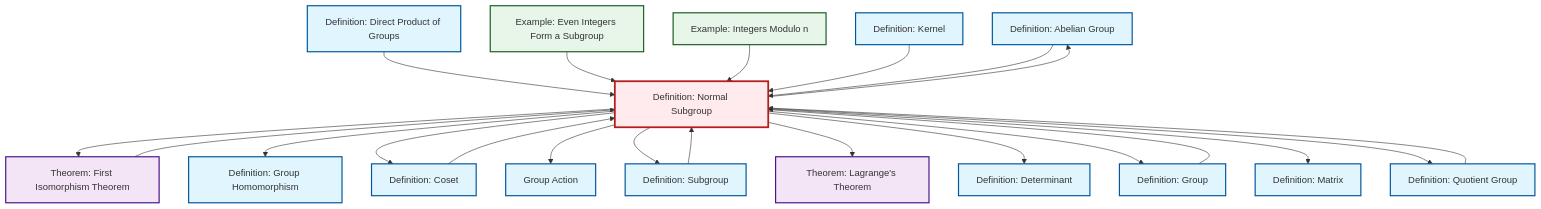
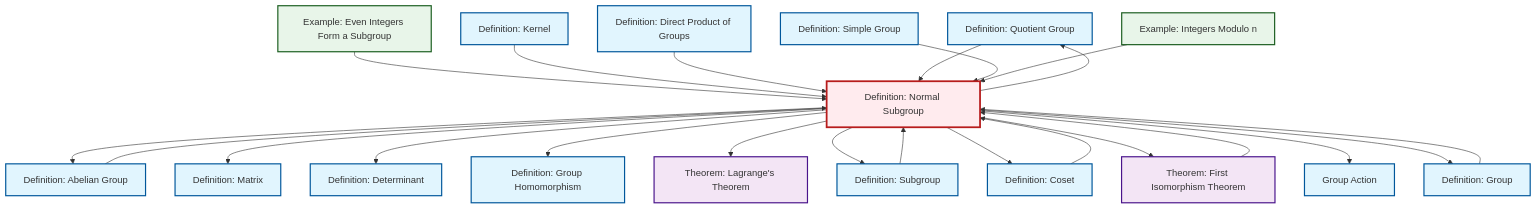
The diagram in content/ja/algebra/def-normal-subgroup.qmd (RK0429/ModernMath), drawn with Mermaid before and after one commit. The commit also changed 554 other files, not shown here.

````diff
--- a/content/ja/algebra/def-normal-subgroup.qmd
+++ b/content/ja/algebra/def-normal-subgroup.qmd
@@ -97,62 +97,65 @@
 ```{mermaid}
 %%| fig-cap: "Local dependency graph"
 graph TD
     classDef definition fill:#e1f5fe,stroke:#01579b,stroke-width:2px
     classDef theorem fill:#f3e5f5,stroke:#4a148c,stroke-width:2px
     classDef axiom fill:#fff3e0,stroke:#e65100,stroke-width:2px
     classDef example fill:#e8f5e9,stroke:#1b5e20,stroke-width:2px
     classDef current fill:#ffebee,stroke:#b71c1c,stroke-width:3px
-    def-abelian-group["Definition: Abelian Group"]:::definition
-    def-homomorphism["Definition: Group Homomorphism"]:::definition
     def-quotient-group["Definition: Quotient Group"]:::definition
-    def-determinant["Definition: Determinant"]:::definition
-    thm-first-isomorphism["Theorem: First Isomorphism Theorem"]:::theorem
     def-direct-product["Definition: Direct Product of Groups"]:::definition
-    def-group["Definition: Group"]:::definition
-    def-normal-subgroup["Definition: Normal Subgroup"]:::definition
-    def-subgroup["Definition: Subgroup"]:::definition
-    thm-lagrange["Theorem: Lagrange's Theorem"]:::theorem
-    ex-quotient-integers-mod-n["Example: Integers Modulo n"]:::example
-    ex-even-integers-subgroup["Example: Even Integers Form a Subgroup"]:::example
-    def-matrix["Definition: Matrix"]:::definition
-    def-coset["Definition: Coset"]:::definition
     def-kernel["Definition: Kernel"]:::definition
     def-group-action["Group Action"]:::definition
+    ex-even-integers-subgroup["Example: Even Integers Form a Subgroup"]:::example
+    def-abelian-group["Definition: Abelian Group"]:::definition
+    def-subgroup["Definition: Subgroup"]:::definition
+    def-simple-group["Definition: Simple Group"]:::definition
+    ex-quotient-integers-mod-n["Example: Integers Modulo n"]:::example
+    def-group["Definition: Group"]:::definition
+    def-matrix["Definition: Matrix"]:::definition
+    def-normal-subgroup["Definition: Normal Subgroup"]:::definition
+    def-homomorphism["Definition: Group Homomorphism"]:::definition
+    def-determinant["Definition: Determinant"]:::definition
+    def-coset["Definition: Coset"]:::definition
+    thm-lagrange["Theorem: Lagrange's Theorem"]:::theorem
+    thm-first-isomorphism["Theorem: First Isomorphism Theorem"]:::theorem
+    def-coset --> def-normal-subgroup
     def-normal-subgroup --> def-abelian-group
+    ex-even-integers-subgroup --> def-normal-subgroup
+    def-normal-subgroup --> def-matrix
+    def-normal-subgroup --> def-determinant
+    def-group --> def-normal-subgroup
+    def-normal-subgroup --> def-homomorphism
+    def-normal-subgroup --> thm-lagrange
+    def-normal-subgroup --> def-subgroup
+    def-subgroup --> def-normal-subgroup
+    def-normal-subgroup --> def-coset
+    thm-first-isomorphism --> def-normal-subgroup
+    def-kernel --> def-normal-subgroup
     def-normal-subgroup --> thm-first-isomorphism
-    def-normal-subgroup --> def-homomorphism
-    def-normal-subgroup --> def-coset
-    def-group --> def-normal-subgroup
+    def-direct-product --> def-normal-subgroup
     def-normal-subgroup --> def-group-action
-    def-coset --> def-normal-subgroup
-    thm-first-isomorphism --> def-normal-subgroup
-    def-subgroup --> def-normal-subgroup
-    def-direct-product --> def-normal-subgroup
-    def-normal-subgroup --> def-subgroup
-    def-normal-subgroup --> thm-lagrange
-    ex-even-integers-subgroup --> def-normal-subgroup
-    def-normal-subgroup --> def-determinant
+    def-quotient-group --> def-normal-subgroup
+    def-simple-group --> def-normal-subgroup
+    ex-quotient-integers-mod-n --> def-normal-subgroup
+    def-abelian-group --> def-normal-subgroup
+    def-normal-subgroup --> def-quotient-group
     def-normal-subgroup --> def-group
-    def-normal-subgroup --> def-matrix
-    ex-quotient-integers-mod-n --> def-normal-subgroup
-    def-kernel --> def-normal-subgroup
-    def-quotient-group --> def-normal-subgroup
-    def-normal-subgroup --> def-quotient-group
-    def-abelian-group --> def-normal-subgroup
     class def-normal-subgroup current
-    click def-abelian-group "def-abelian-group.html" "Definition: Abelian Groupへ"
-    click def-homomorphism "def-homomorphism.html" "Definition: Group Homomorphismへ"
     click def-quotient-group "def-quotient-group.html" "Definition: Quotient Groupへ"
-    click def-determinant "def-determinant.html" "Definition: Determinantへ"
-    click thm-first-isomorphism "thm-first-isomorphism.html" "Theorem: First Isomorphism Theoremへ"
     click def-direct-product "def-direct-product.html" "Definition: Direct Product of Groupsへ"
-    click def-group "def-group.html" "Definition: Groupへ"
-    click def-subgroup "def-subgroup.html" "Definition: Subgroupへ"
-    click thm-lagrange "thm-lagrange.html" "Theorem: Lagrange's Theoremへ"
-    click ex-quotient-integers-mod-n "ex-quotient-integers-mod-n.html" "Example: Integers Modulo nへ"
-    click ex-even-integers-subgroup "ex-even-integers-subgroup.html" "Example: Even Integers Form a Subgroupへ"
-    click def-matrix "def-matrix.html" "Definition: Matrixへ"
-    click def-coset "def-coset.html" "Definition: Cosetへ"
     click def-kernel "def-kernel.html" "Definition: Kernelへ"
     click def-group-action "def-group-action.html" "Group Actionへ"
+    click ex-even-integers-subgroup "ex-even-integers-subgroup.html" "Example: Even Integers Form a Subgroupへ"
+    click def-abelian-group "def-abelian-group.html" "Definition: Abelian Groupへ"
+    click def-subgroup "def-subgroup.html" "Definition: Subgroupへ"
+    click def-simple-group "def-simple-group.html" "Definition: Simple Groupへ"
+    click ex-quotient-integers-mod-n "ex-quotient-integers-mod-n.html" "Example: Integers Modulo nへ"
+    click def-group "def-group.html" "Definition: Groupへ"
+    click def-matrix "def-matrix.html" "Definition: Matrixへ"
+    click def-homomorphism "def-homomorphism.html" "Definition: Group Homomorphismへ"
+    click def-determinant "def-determinant.html" "Definition: Determinantへ"
+    click def-coset "def-coset.html" "Definition: Cosetへ"
+    click thm-lagrange "thm-lagrange.html" "Theorem: Lagrange's Theoremへ"
+    click thm-first-isomorphism "thm-first-isomorphism.html" "Theorem: First Isomorphism Theoremへ"
 ```
````
